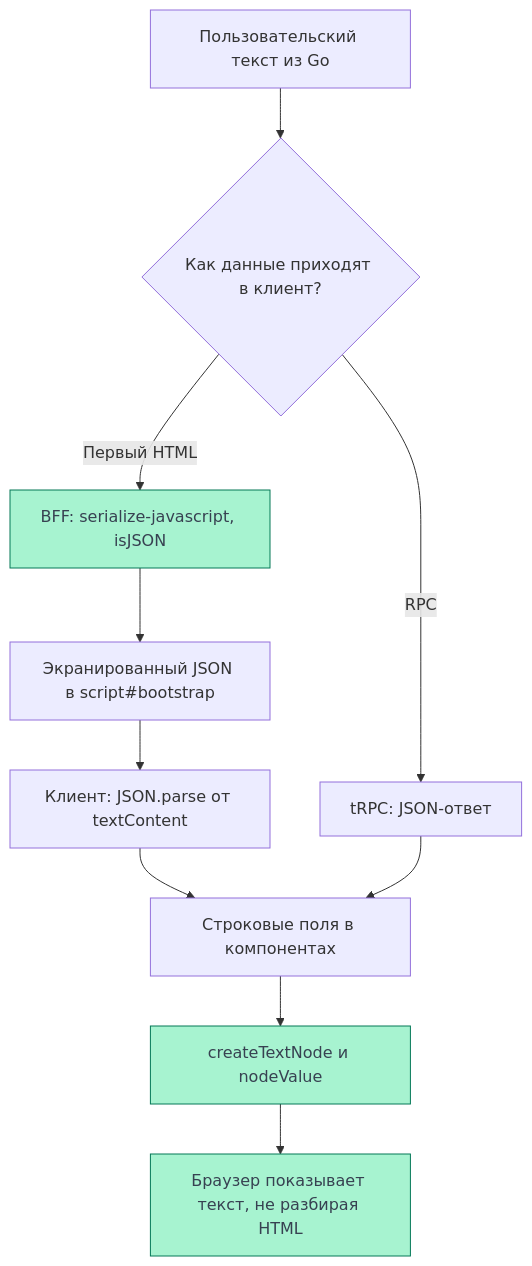
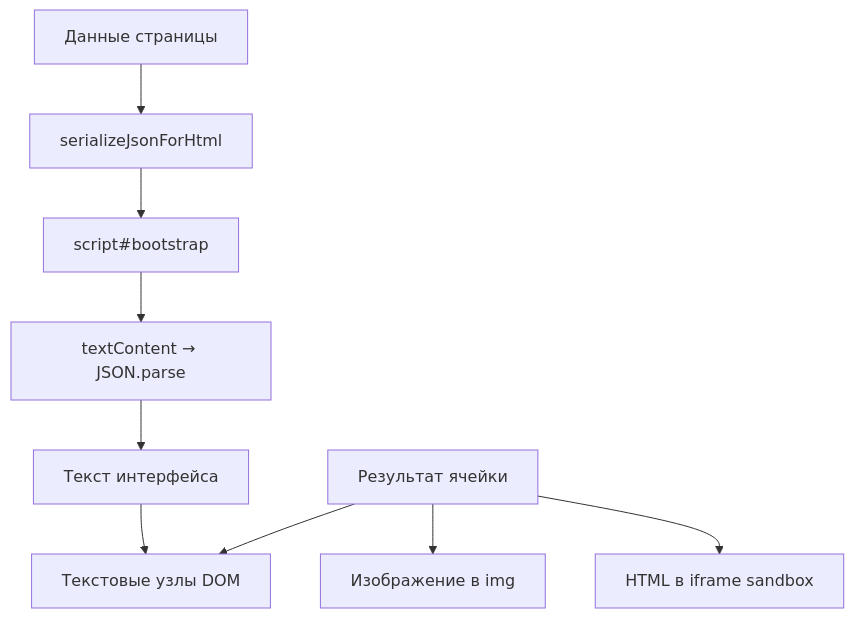
One commit to Cringe-Driven-Development-Team/docs changed the diagram in site/documentation/security/xss.md. Above: the diagram before and after it, drawn with Mermaid. The commit also changed other lines of this file and 13 other files, not shown here.

````diff
--- a/site/documentation/security/xss.md
+++ b/site/documentation/security/xss.md
@@ -22,15 +13,8 @@
 ```mermaid
-%% Flowchart: отдельная защита HTML-контекста bootstrap и общий текстовый вывод.
 flowchart TD
-    source["Пользовательский текст из Go"] --> delivery{"Как данные приходят в клиент?"}
-    delivery -->|Первый HTML| serialize["BFF: serialize-javascript, isJSON"]
-    serialize --> bootstrap["Экранированный JSON в script#bootstrap"]
-    bootstrap --> parse["Клиент: JSON.parse от textContent"]
-    delivery -->|RPC| rpc["tRPC: JSON-ответ"]
-    parse --> data["Строковые поля в компонентах"]
-    rpc --> data
-    data --> text["createTextNode и nodeValue"]
-    text --> visible["Браузер показывает текст, не разбирая HTML"]
-    classDef success fill:#a7f3d0,stroke:#047857,color:#374151
-    class serialize,text,visible success
+    B["Данные страницы"] --> S["serializeJsonForHtml"] --> D["script#bootstrap"] --> P["textContent → JSON.parse"]
+    P --> T["Текст интерфейса"] --> N["Текстовые узлы DOM"]
+    O["Результат ячейки"] --> N
+    O --> I["Изображение в img"]
+    O --> H["HTML в iframe sandbox"]
 ```
````
